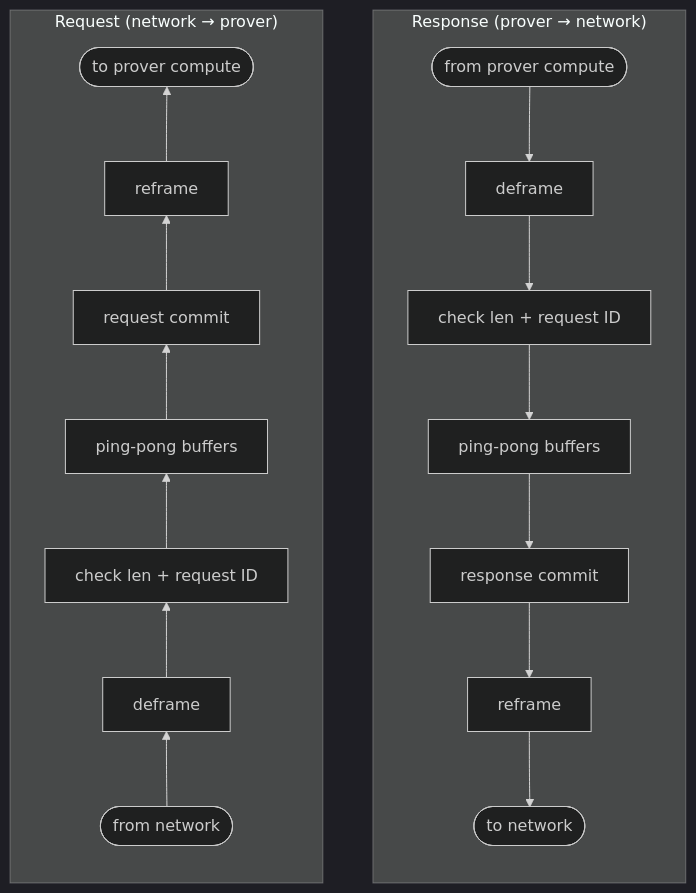
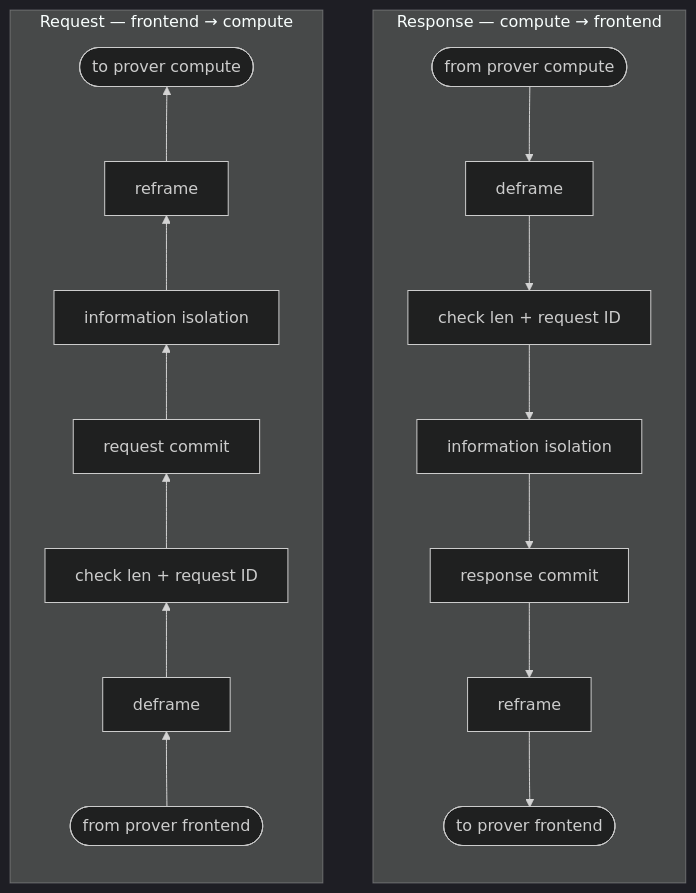
Before and after one commit to JamesPetrie/interlock: the first of 2 diagrams in docs/certificate-protocol.md, drawn with Mermaid (dark theme). The commit also changed other lines of this file, not shown here.

First line of the commit message:
Dataflow: ping-pong = information isolation; commit on prover-frontend side

````diff
--- a/docs/certificate-protocol.md
+++ b/docs/certificate-protocol.md
@@ -223,11 +226,11 @@
 ```mermaid
 flowchart TB
-    subgraph RSP["Response (prover → network)"]
+    subgraph RSP["Response — compute → frontend"]
       direction TB
-      ri(["from prover compute"]) --> rd["deframe"] --> rk["check len + request ID"] --> rp["ping-pong buffers"] --> rc["response commit"] --> rr["reframe"] --> ro(["to network"])
+      ri(["from prover compute"]) --> rd["deframe"] --> rk["check len + request ID"] --> riso["information isolation"] --> rc["response commit"] --> rr["reframe"] --> ro(["to prover frontend"])
     end
-    subgraph REQ["Request (network → prover)"]
+    subgraph REQ["Request — frontend → compute"]
       direction BT
-      qi(["from network"]) --> qd["deframe"] --> qk["check len + request ID"] --> qp["ping-pong buffers"] --> qc["request commit"] --> qr["reframe"] --> qo(["to prover compute"])
+      qi(["from prover frontend"]) --> qd["deframe"] --> qk["check len + request ID"] --> qc["request commit"] --> qiso["information isolation"] --> qr["reframe"] --> qo(["to prover compute"])
     end
 ```
````
